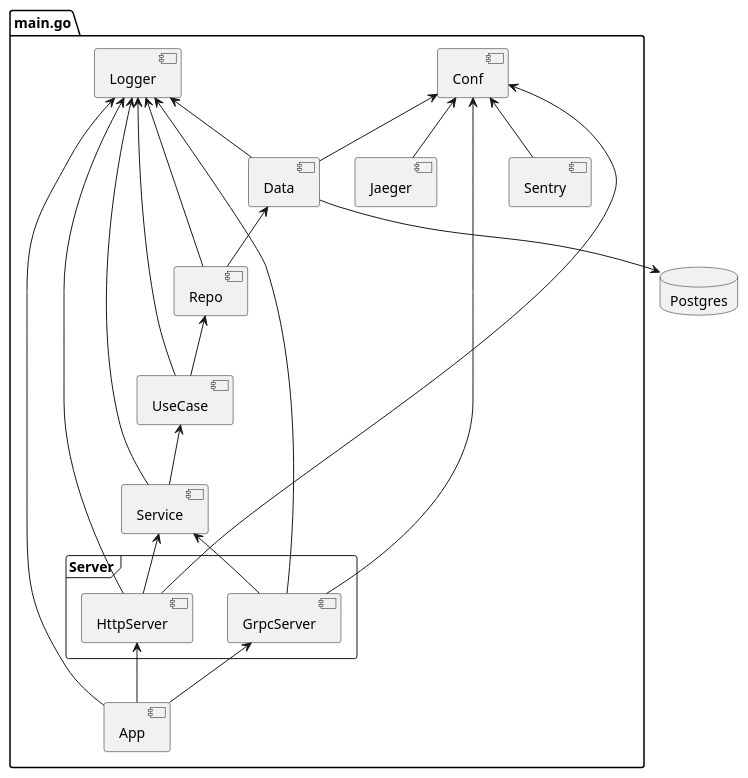
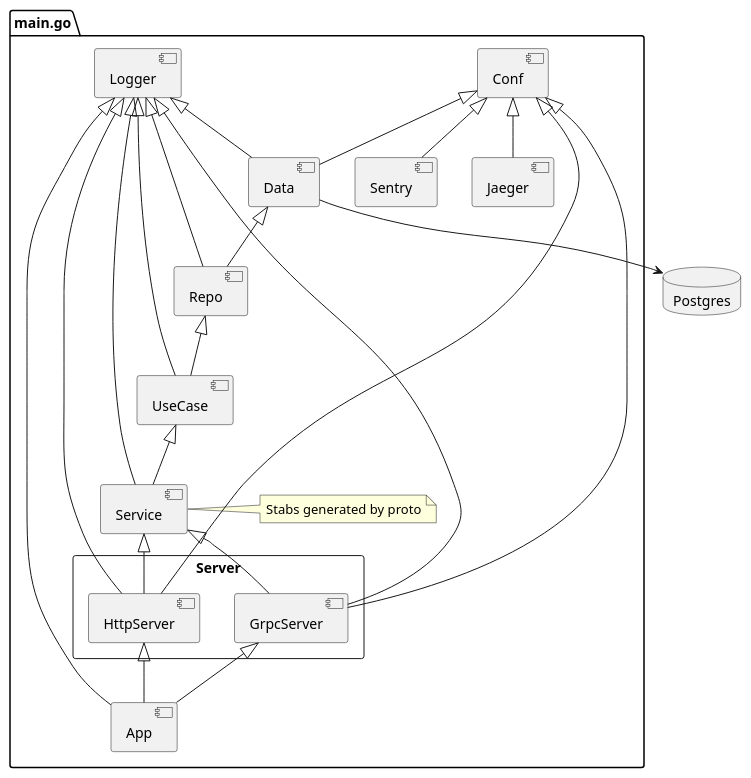
The diagram in cmd/server/components.puml (timurkash/kratos-layout), drawn with PlantUML before and after one commit.

Commit message:
components.puml added

```diff
--- a/cmd/server/components.puml
+++ b/cmd/server/components.puml
@@ -1,44 +1,46 @@
 @startuml
 
 package main.go {
     [Conf] as conf
     [Logger] as logger
     [Data] as data
     [Repo] as repo
     [UseCase] as uc
     [Service] as service
-    frame Server {
+    rectangle Server {
         [GrpcServer] as grpc
         [HttpServer] as http
     }
     [App] as app
     [Jaeger] as trace
     [Sentry] as log
+    note "Stabs generated by proto" as stabs
 }
 
 database Postgres
 data --> Postgres
 
-logger <-- data
-logger <-- repo
-logger <-- uc
-logger <-- service
-logger <-- grpc
-logger <-- http
-logger <-- app
+logger <|-- data
+logger <|-- repo
+logger <|-- uc
+logger <|-- service
+logger <|-- grpc
+logger <|-- http
+logger <|-- app
 
-conf <-- data
-conf <-- grpc
-conf <-- http
-conf <-- trace
-conf <-- log
+conf <|-- data
+conf <|-- grpc
+conf <|-- http
+conf <|-- trace
+conf <|-- log
 
-data <-- repo
-repo <-- uc
-uc <-- service
-service <-- grpc
-service <-- http
-grpc <-- app
-http <-- app
+data <|-- repo
+repo <|-- uc
+uc <|-- service
+service <|-- grpc
+service - stabs
+service <|-- http
+grpc <|-- app
+http <|-- app
 
 @enduml
```
